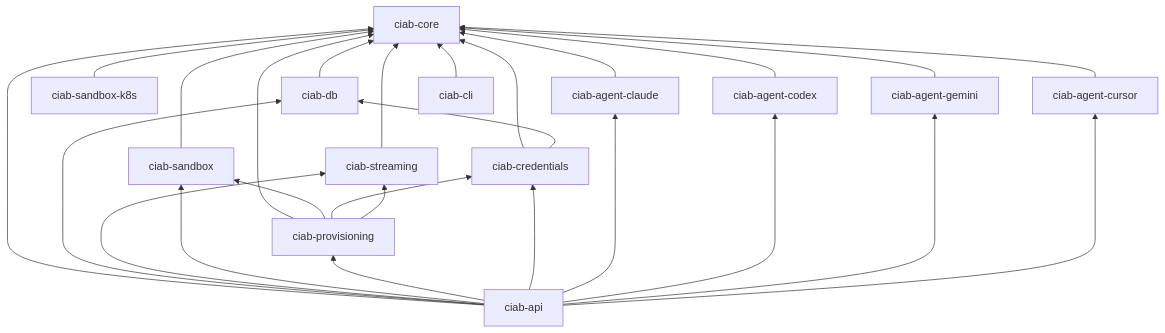
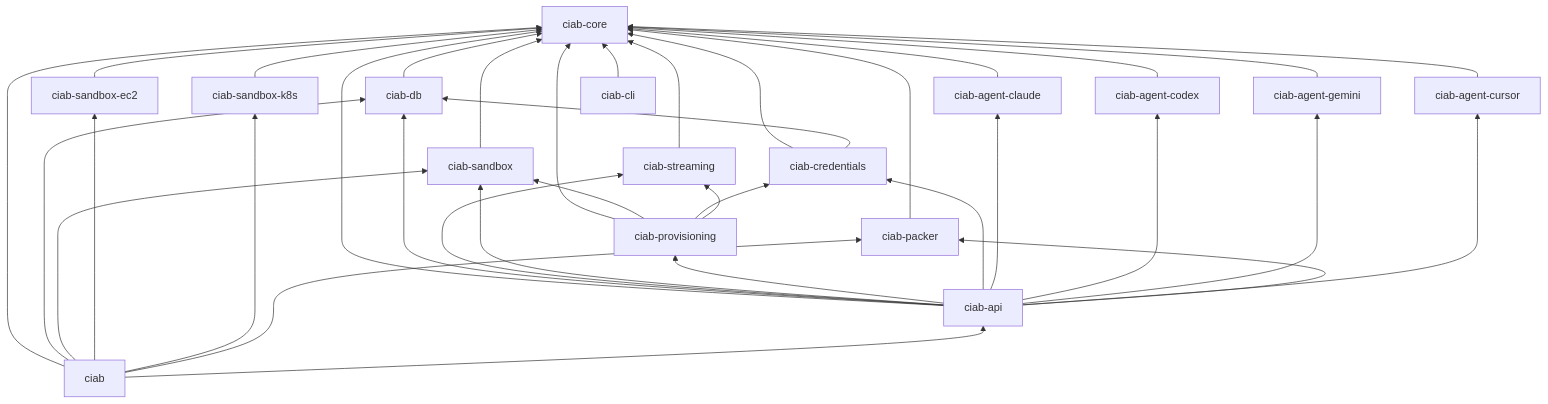
One commit to shakedaskayo/ciab changed the diagram in docs/docs/architecture/crate-map.md. Above: the diagram before and after it, drawn with Mermaid. The commit also changed other lines of this file and 9 other files, not shown here.

````diff
--- a/docs/docs/architecture/crate-map.md
+++ b/docs/docs/architecture/crate-map.md
@@ -25,29 +28,39 @@
 ```mermaid
 graph BT
     core[ciab-core]
     db[ciab-db] --> core
     streaming[ciab-streaming] --> core
     sandbox[ciab-sandbox] --> core
     k8s[ciab-sandbox-k8s] --> core
+    ec2[ciab-sandbox-ec2] --> core
     claude[ciab-agent-claude] --> core
     codex[ciab-agent-codex] --> core
     gemini[ciab-agent-gemini] --> core
     cursor[ciab-agent-cursor] --> core
     creds[ciab-credentials] --> core
     creds --> db
+    packer[ciab-packer] --> core
     prov[ciab-provisioning] --> core
     prov --> sandbox
     prov --> creds
     prov --> streaming
     api[ciab-api] --> core
     api --> db
     api --> streaming
     api --> sandbox
     api --> prov
     api --> creds
     api --> claude
     api --> codex
     api --> gemini
     api --> cursor
+    api --> packer
+    facade[ciab] --> core
+    facade --> db
+    facade --> sandbox
+    facade --> ec2
+    facade --> k8s
+    facade --> packer
+    facade --> api
     cli[ciab-cli] --> core
 ```
````
